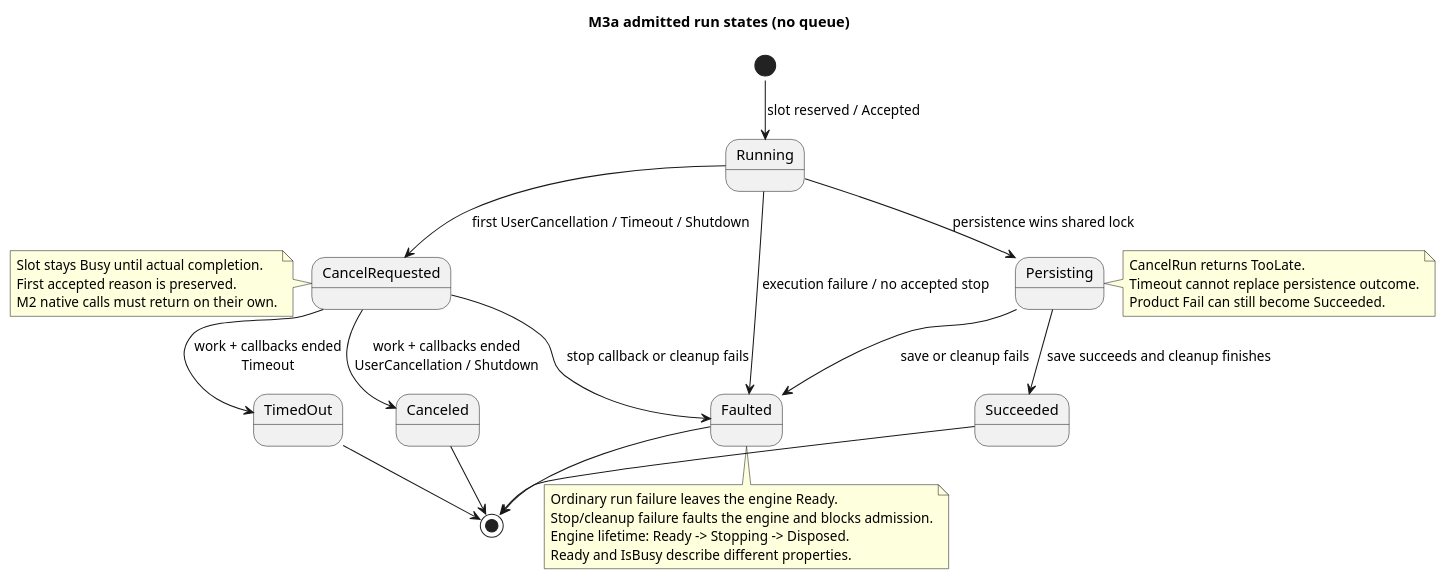
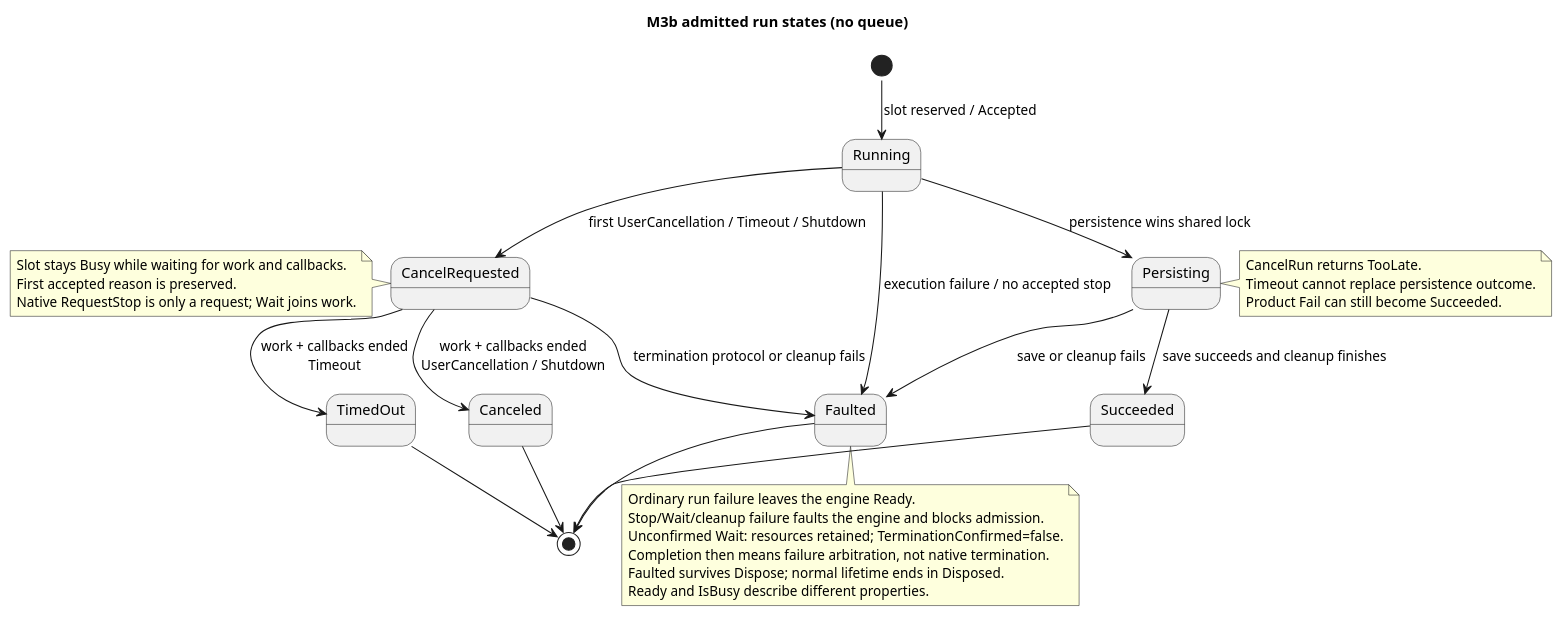
One commit to Myoungmin/CSharp-InspectionCore-Lab changed the diagram in docs/diagrams/run-state.puml. Above: the diagram before and after it, drawn with PlantUML. The commit also changed 43 other files, not shown here.

```diff
--- a/docs/diagrams/run-state.puml
+++ b/docs/diagrams/run-state.puml
@@ -1,33 +1,35 @@
 @startuml run-state
 !pragma layout smetana
-title M3a admitted run states (no queue)
+title M3b admitted run states (no queue)
 [*] --> Running : slot reserved / Accepted
 Running --> CancelRequested : first UserCancellation / Timeout / Shutdown
 Running --> Persisting : persistence wins shared lock
 Running --> Faulted : execution failure / no accepted stop
 Persisting --> Succeeded : save succeeds and cleanup finishes
 Persisting --> Faulted : save or cleanup fails
 CancelRequested --> Canceled : work + callbacks ended\nUserCancellation / Shutdown
 CancelRequested --> TimedOut : work + callbacks ended\nTimeout
-CancelRequested --> Faulted : stop callback or cleanup fails
+CancelRequested --> Faulted : termination protocol or cleanup fails
 Succeeded --> [*]
 Faulted --> [*]
 Canceled --> [*]
 TimedOut --> [*]
 note right of Persisting
 CancelRun returns TooLate.
 Timeout cannot replace persistence outcome.
 Product Fail can still become Succeeded.
 end note
 note left of CancelRequested
-Slot stays Busy until actual completion.
+Slot stays Busy while waiting for work and callbacks.
 First accepted reason is preserved.
-M2 native calls must return on their own.
+Native RequestStop is only a request; Wait joins work.
 end note
 note bottom of Faulted
 Ordinary run failure leaves the engine Ready.
-Stop/cleanup failure faults the engine and blocks admission.
-Engine lifetime: Ready -> Stopping -> Disposed.
+Stop/Wait/cleanup failure faults the engine and blocks admission.
+Unconfirmed Wait: resources retained; TerminationConfirmed=false.
+Completion then means failure arbitration, not native termination.
+Faulted survives Dispose; normal lifetime ends in Disposed.
 Ready and IsBusy describe different properties.
 end note
 @enduml
```
